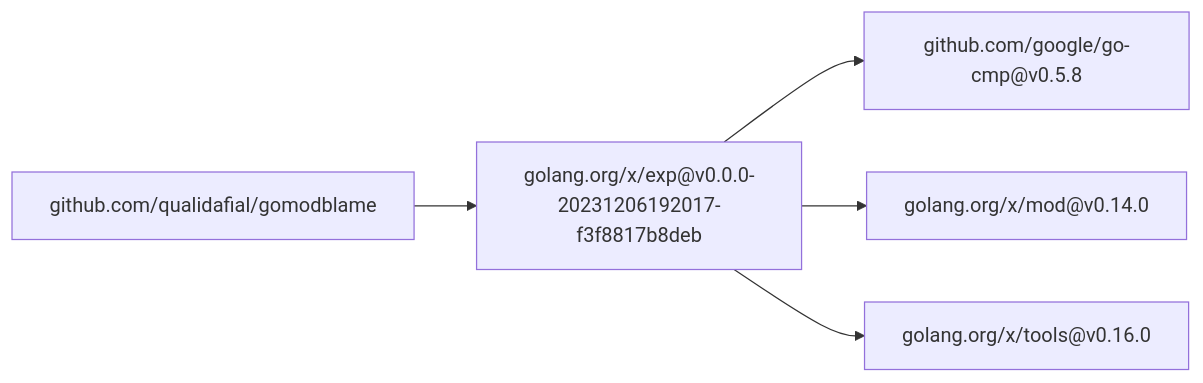
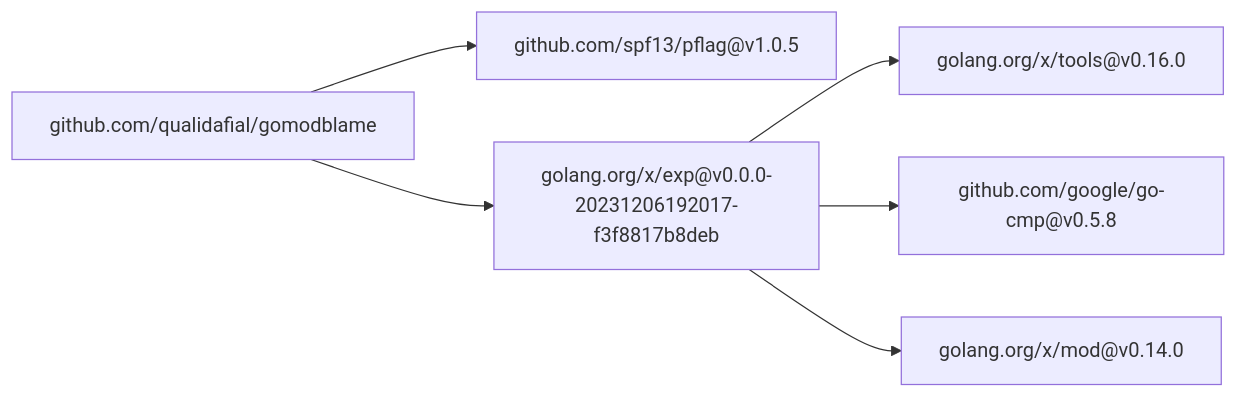
One commit to qualidafial/gomodblame changed the diagram in README.md. Above: the diagram before and after it, drawn with Mermaid. The commit also changed other lines of this file and 3 other files, not shown here.

Commit message:
Migrate from flag to spf13/pflag package, and add command shortcuts

````diff
--- a/README.md
+++ b/README.md
@@ -33,12 +35,14 @@
 ```mermaid
 graph LR;
     n0["github.com/qualidafial/gomodblame"];
-    n1["golang.org/x/exp@v0.0.0-20231206192017-f3f8817b8deb"];
+    n1["github.com/spf13/pflag@v1.0.5"];
     n0 --> n1;
-    n2["github.com/google/go-cmp@v0.5.8"];
-    n1 --> n2;
-    n3["golang.org/x/mod@v0.14.0"];
-    n1 --> n3;
-    n4["golang.org/x/tools@v0.16.0"];
-    n1 --> n4;
+    n2["golang.org/x/exp@v0.0.0-20231206192017-f3f8817b8deb"];
+    n0 --> n2;
+    n3["golang.org/x/tools@v0.16.0"];
+    n2 --> n3;
+    n4["github.com/google/go-cmp@v0.5.8"];
+    n2 --> n4;
+    n5["golang.org/x/mod@v0.14.0"];
+    n2 --> n5;
 ```
````
